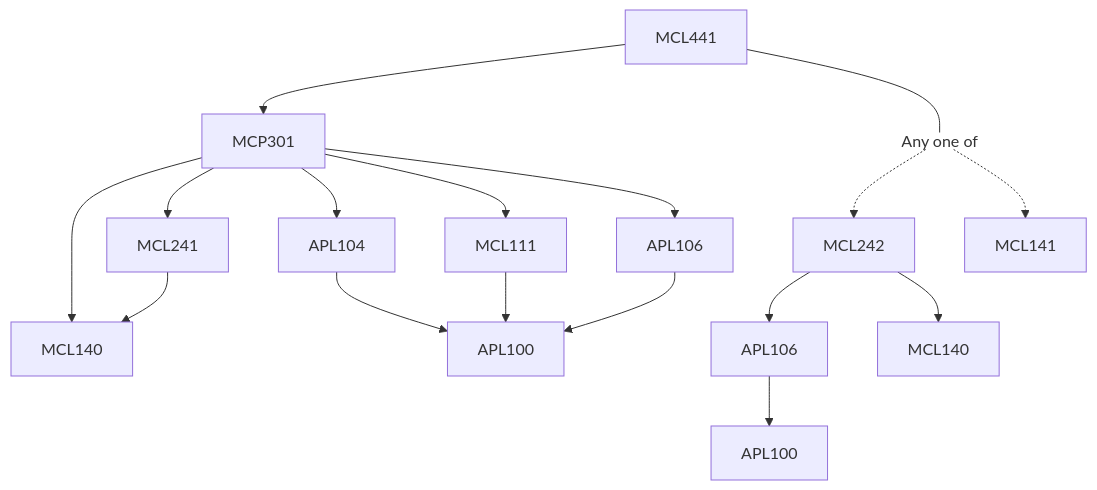
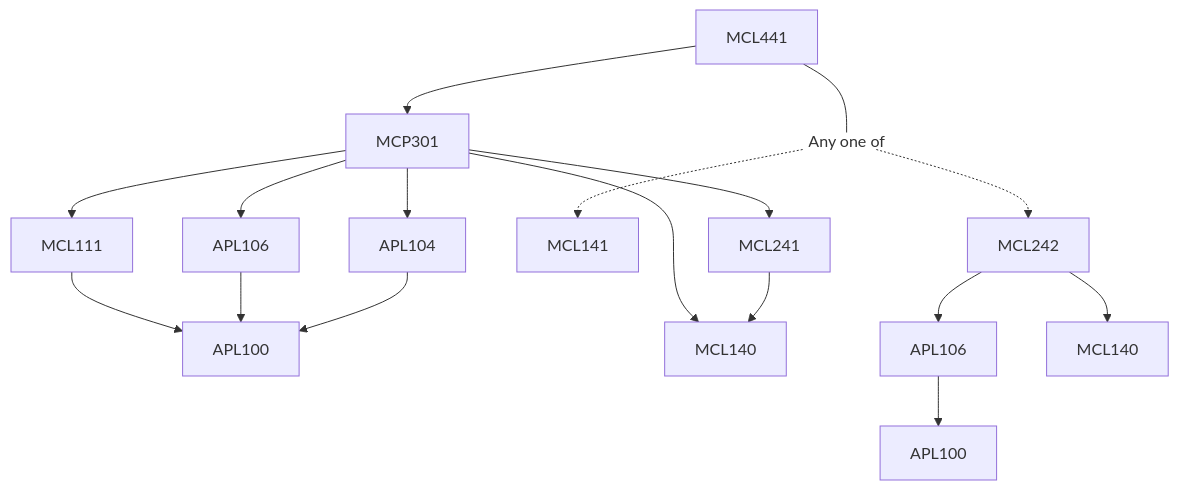
The diagram in content/Mechanical Engineering/MCL441.md (KeshavBansal0122/CoS_Website), drawn with Mermaid before and after one commit. The commit also changed other lines of this file and 2667 other files, not shown here.

````diff
--- a/content/Mechanical Engineering/MCL441.md
+++ b/content/Mechanical Engineering/MCL441.md
@@ -15,23 +13,23 @@
 ```mermaid
 flowchart TD
-MCL441-50[MCL441]
-MCP301-50 --> MCL140-50[MCL140]
-MCL441-50 --> MCP301-50[MCP301]
-MCP301-50 --> MCL241-50[MCL241]
-APL106-50 --> APL100-50[APL100]
-MCL441-50 --- Or51[Any one of]:::empty
-APL106-52 --> APL100-52[APL100]
-MCL242-52 --> APL106-52[APL106]
-Or51 -.-> MCL242-52[MCL242]
-MCL242-52 --> MCL140-52[MCL140]
-Or51 -.-> MCL141-53[MCL141]
-MCP301-50 --> APL104-50[APL104]
-MCL241-50 --> MCL140-50[MCL140]
-APL104-50 --> APL100-50[APL100]
-MCL111-50 --> APL100-50[APL100]
-MCP301-50 --> MCL111-50[MCL111]
-MCP301-50 --> APL106-50[APL106]
+MCL441-1439[MCL441]
+MCP301-1439 --> APL106-1439[APL106]
+MCL441-1439 --> MCP301-1439[MCP301]
+MCL111-1439 --> APL100-1439[APL100]
+MCP301-1439 --> MCL140-1439[MCL140]
+MCP301-1439 --> MCL111-1439[MCL111]
+APL106-1439 --> APL100-1439[APL100]
+MCL441-1439 --- Or1440[Any one of]:::empty
+APL106-1441 --> APL100-1441[APL100]
+Or1440 -.-> MCL242-1441[MCL242]
+MCL242-1441 --> MCL140-1441[MCL140]
+MCL242-1441 --> APL106-1441[APL106]
+Or1440 -.-> MCL141-1442[MCL141]
+MCL241-1439 --> MCL140-1439[MCL140]
+MCP301-1439 --> APL104-1439[APL104]
+MCP301-1439 --> MCL241-1439[MCL241]
+APL104-1439 --> APL100-1439[APL100]
 
 classDef empty height:17px, fill:transparent, stroke:transparent;
 classDef trueEmpty height:0px, width:0px;
 ```
````
